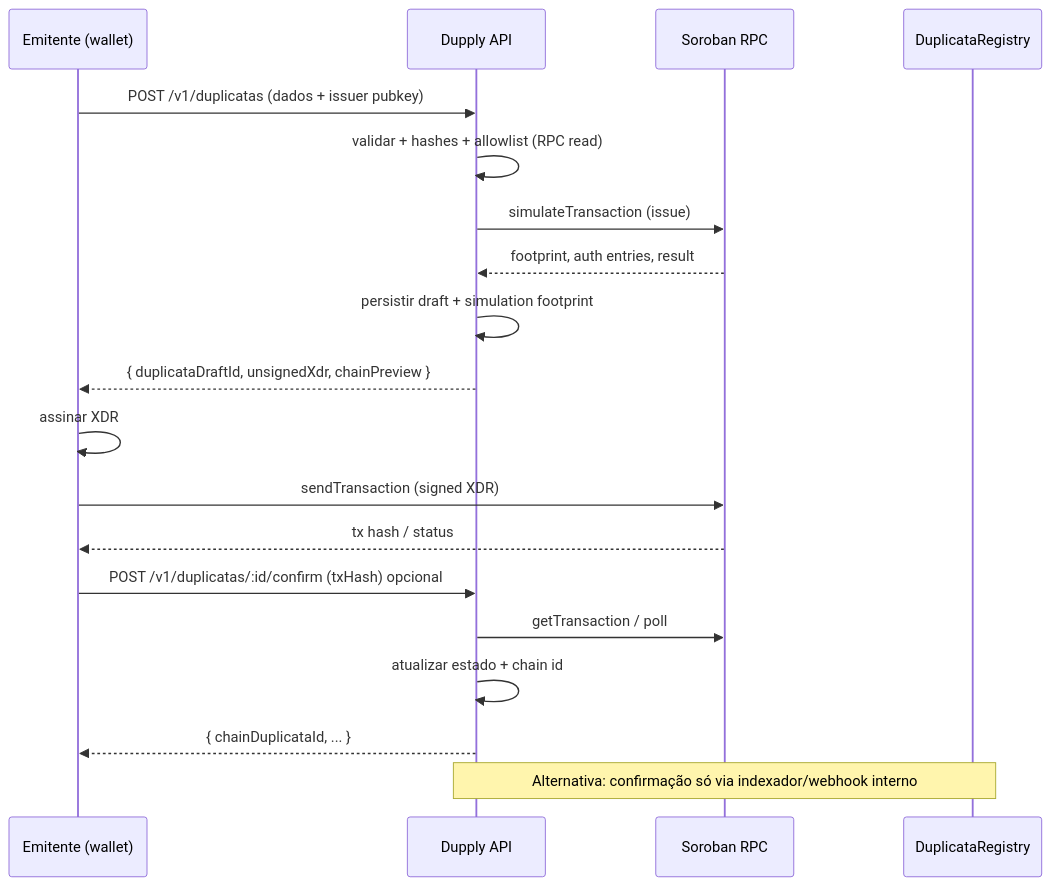
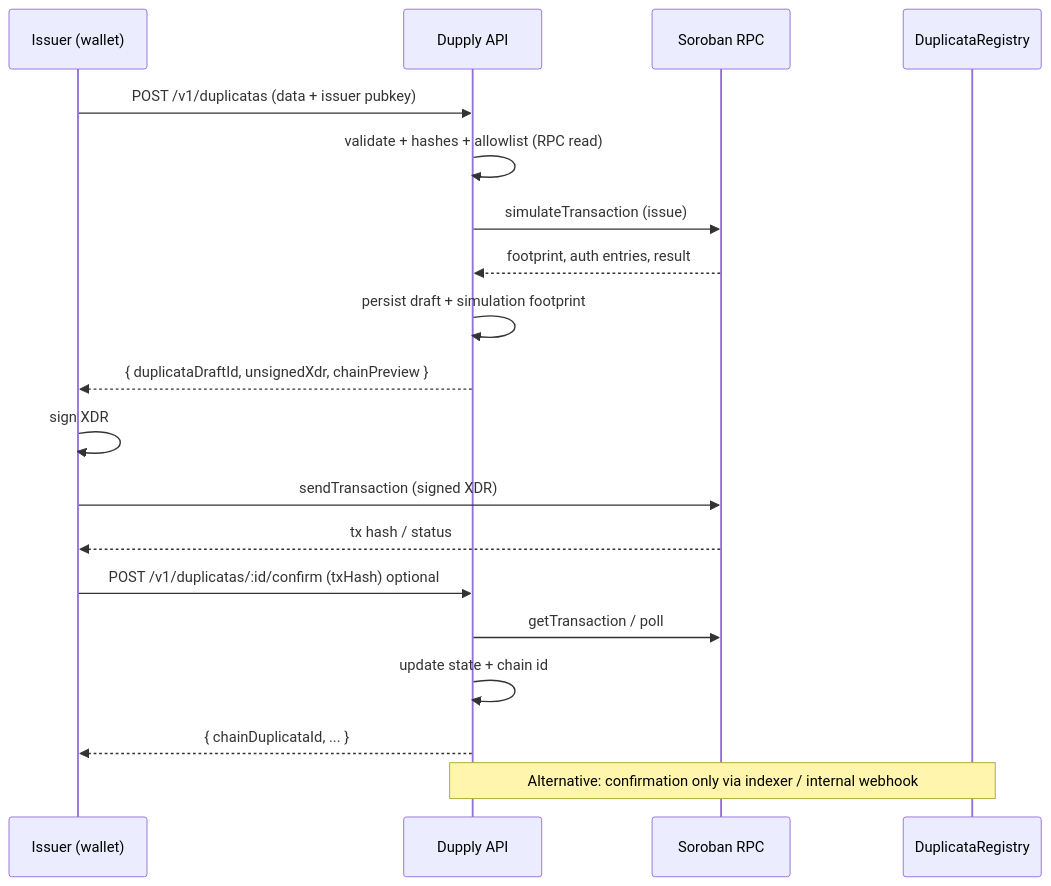
The diagram in docs/notes/2026-05-18_v1-duplicata-contract-integration-architecture.md (vvmafra/dupply-backend), drawn with Mermaid before and after one commit. The commit also changed other lines of this file and 5 other files, not shown here.

````diff
--- a/docs/notes/2026-05-18_v1-duplicata-contract-integration-architecture.md
+++ b/docs/notes/2026-05-18_v1-duplicata-contract-integration-architecture.md
@@ -40,25 +40,25 @@
 ```mermaid
 sequenceDiagram
-  participant U as Emitente (wallet)
+  participant U as Issuer (wallet)
   participant API as Dupply API
   participant RPC as Soroban RPC
   participant C as DuplicataRegistry
 
-  U->>API: POST /v1/duplicatas (dados + issuer pubkey)
-  API->>API: validar + hashes + allowlist (RPC read)
+  U->>API: POST /v1/duplicatas (data + issuer pubkey)
+  API->>API: validate + hashes + allowlist (RPC read)
   API->>RPC: simulateTransaction (issue)
   RPC-->>API: footprint, auth entries, result
-  API->>API: persistir draft + simulation footprint
+  API->>API: persist draft + simulation footprint
   API-->>U: { duplicataDraftId, unsignedXdr, chainPreview }
 
-  U->>U: assinar XDR
+  U->>U: sign XDR
   U->>RPC: sendTransaction (signed XDR)
   RPC-->>U: tx hash / status
 
-  U->>API: POST /v1/duplicatas/:id/confirm (txHash) opcional
+  U->>API: POST /v1/duplicatas/:id/confirm (txHash) optional
   API->>RPC: getTransaction / poll
-  API->>API: atualizar estado + chain id
+  API->>API: update state + chain id
   API-->>U: { chainDuplicataId, ... }
 
-  Note over API,C: Alternativa: confirmação só via indexador/webhook interno
+  Note over API,C: Alternative: confirmation only via indexer / internal webhook
 ```
````
